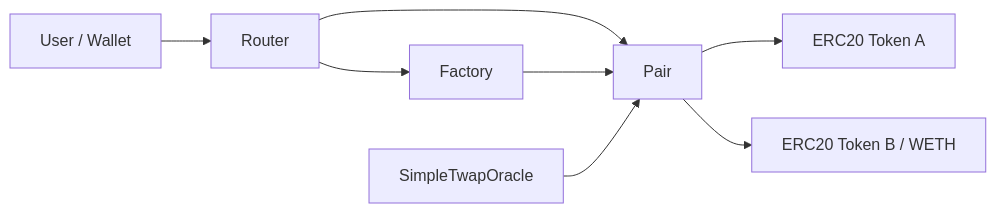
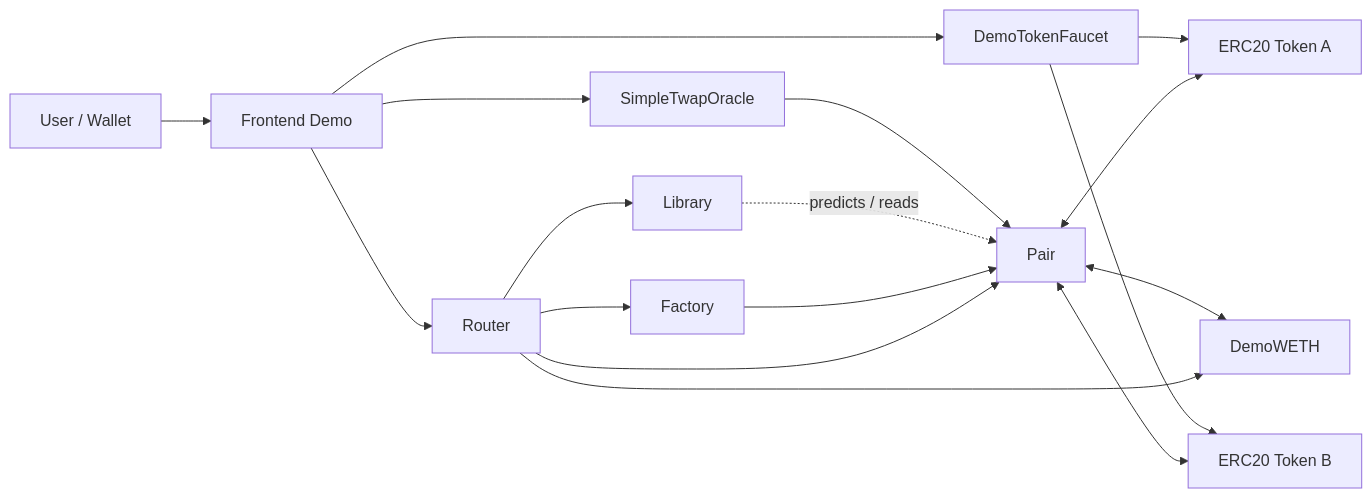
Before and after one commit to tomenengr/mini-uniswap: the diagram in README.md, drawn with Mermaid. The commit also changed other lines of this file, not shown here.

Commit message:
docs: update architecture diagram

````diff
--- a/README.md
+++ b/README.md
@@ -30,10 +30,21 @@
 ```mermaid
 flowchart LR
-    User[User / Wallet] --> Router[Router]
+    User[User / Wallet] --> Frontend[Frontend Demo]
+    Frontend --> Router[Router]
+    Frontend --> Faucet[DemoTokenFaucet]
+    Frontend --> Oracle[SimpleTwapOracle]
+
+    Router --> Library[Library]
     Router --> Factory[Factory]
     Router --> Pair[Pair]
+    Router --> WETH[DemoWETH]
+
     Factory --> Pair
-    Pair --> TokenA[ERC20 Token A]
-    Pair --> TokenB[ERC20 Token B / WETH]
-    Oracle[SimpleTwapOracle] --> Pair
+    Library -. predicts / reads .-> Pair
+    Pair <--> TokenA[ERC20 Token A]
+    Pair <--> TokenB[ERC20 Token B]
+    Pair <--> WETH
+    Oracle --> Pair
+    Faucet --> TokenA
+    Faucet --> TokenB
 ```
````
